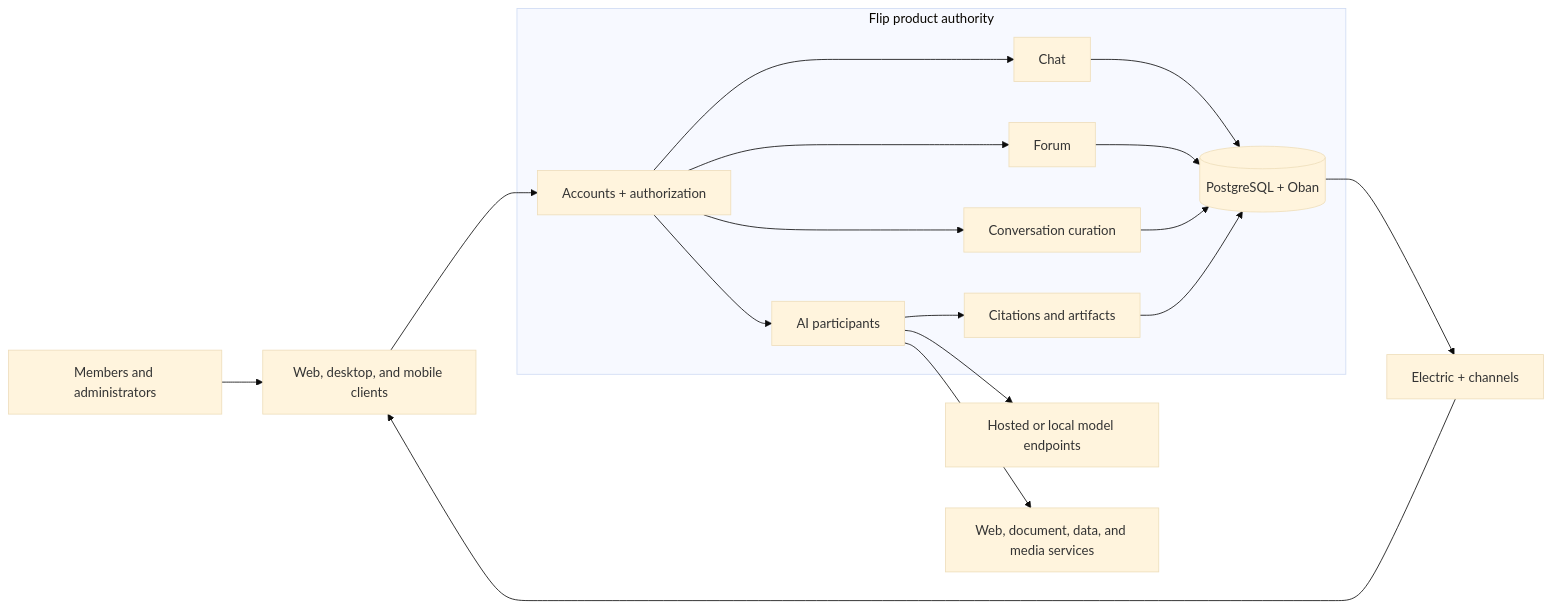
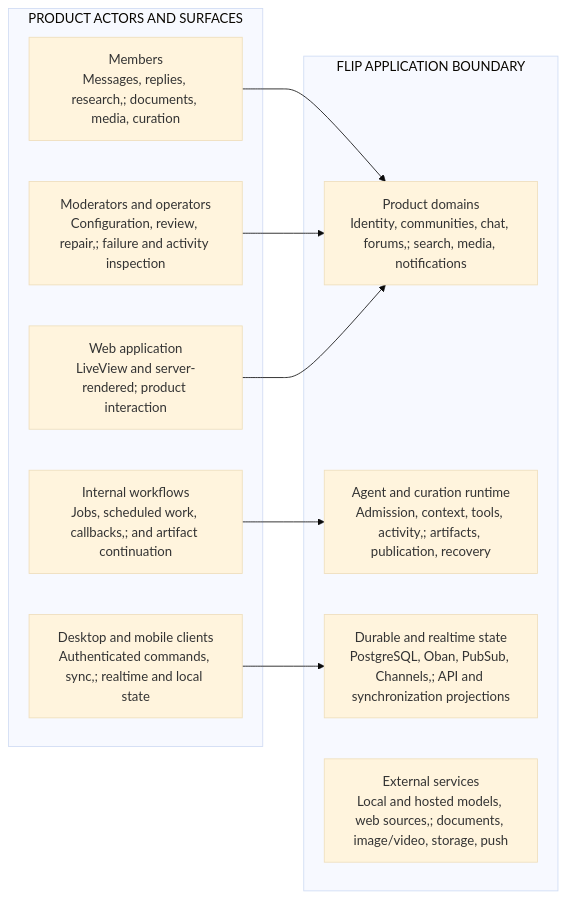
Before and after one commit to wahargis/portfolio: the diagram in flip-technical-overview/diagrams/system-context.mmd, drawn with Mermaid (base theme). The commit also changed 59 other files, not shown here.

```diff
--- a/flip-technical-overview/diagrams/system-context.mmd
+++ b/flip-technical-overview/diagrams/system-context.mmd
@@ -1,25 +1,19 @@
 flowchart LR
-    PEOPLE["Members and administrators"] --> CLIENTS["Web, desktop, and mobile clients"]
-    subgraph FLIP_CORE["Flip product authority"]
-      AUTH["Accounts + authorization"]
-      CHAT["Chat"]
-      FORUM["Forum"]
-      CURATION["Conversation curation"]
-      AIP["AI participants"]
-      ART["Citations and artifacts"]
-      DATA[("PostgreSQL + Oban")]
-      AUTH --> CHAT
-      AUTH --> FORUM
-      AUTH --> CURATION
-      AUTH --> AIP
-      CHAT --> DATA
-      FORUM --> DATA
-      CURATION --> DATA
-      AIP --> ART
-      ART --> DATA
-    end
-    CLIENTS --> AUTH
-    AIP --> MODELS["Hosted or local model endpoints"]
-    AIP --> TOOLS["Web, document, data, and media services"]
-    DATA --> SYNC["Electric + channels"]
-    SYNC --> CLIENTS
+  subgraph TOP["PRODUCT ACTORS AND SURFACES"]
+    T0["Members\nMessages, replies, research,; documents, media, curation"]
+    T1["Moderators and operators\nConfiguration, review, repair,; failure and activity inspection"]
+    T2["Web application\nLiveView and server-rendered; product interaction"]
+    T3["Desktop and mobile clients\nAuthenticated commands, sync,; realtime and local state"]
+    T4["Internal workflows\nJobs, scheduled work, callbacks,; and artifact continuation"]
+  end
+  subgraph BOTTOM["FLIP APPLICATION BOUNDARY"]
+    B0["Product domains\nIdentity, communities, chat, forums,; search, media, notifications"]
+    B1["Agent and curation runtime\nAdmission, context, tools, activity,; artifacts, publication, recovery"]
+    B2["Durable and realtime state\nPostgreSQL, Oban, PubSub, Channels,; API and synchronization projections"]
+    B3["External services\nLocal and hosted models, web sources,; documents, image/video, storage, push"]
+  end
+  T0 --> B0
+  T1 --> B0
+  T2 --> B0
+  T3 --> B2
+  T4 --> B1
```
